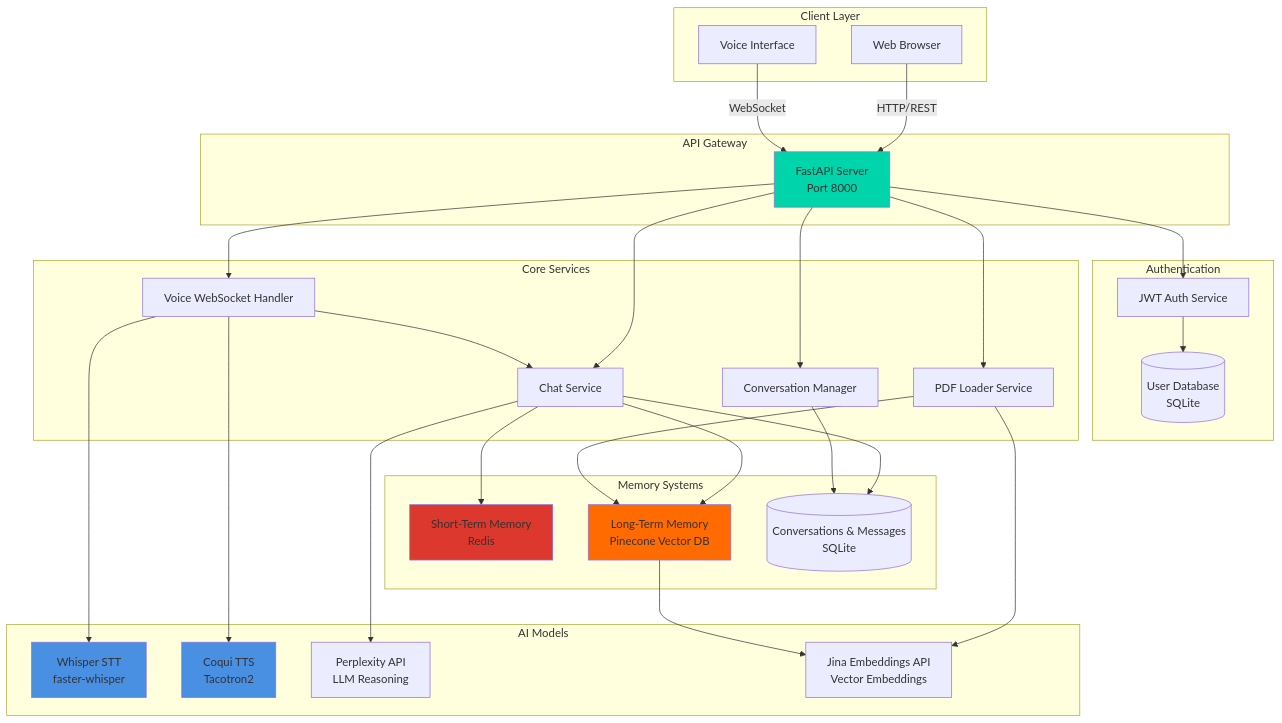
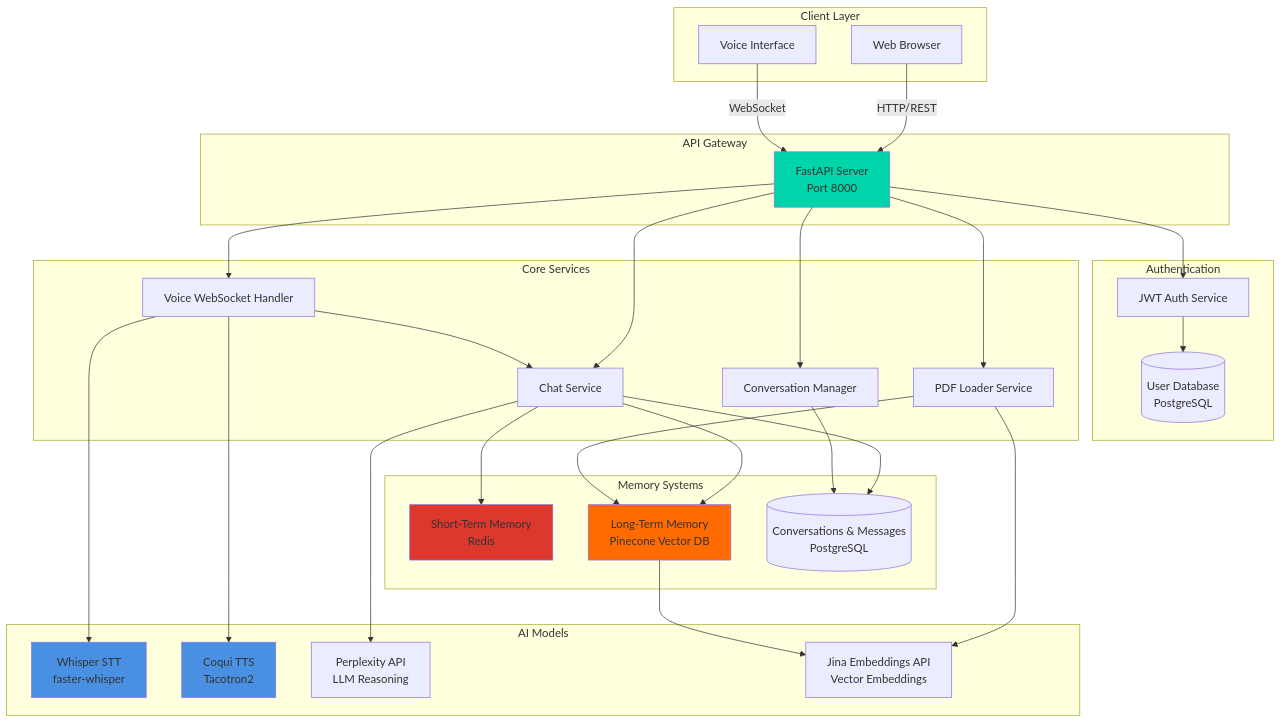
The first of 4 diagrams in README.md (Shashwat-Akhilesh-Shukla/Cognitive-AI), drawn with Mermaid before and after one commit. The commit also changed other lines of this file, not shown here.

Commit message:
Change database from SQLite to PostgreSQL

````diff
--- a/README.md
+++ b/README.md
@@ -46,68 +46,68 @@
 ```mermaid
 graph TB
     subgraph "Client Layer"
         WEB[Web Browser]
         VOICE[Voice Interface]
     end
     
     subgraph "API Gateway"
         FASTAPI[FastAPI Server<br/>Port 8000]
     end
     
     subgraph "Authentication"
         JWT[JWT Auth Service]
-        AUTH_DB[(User Database<br/>SQLite)]
+        AUTH_DB[(User Database<br/>PostgreSQL)]
     end
     
     subgraph "Core Services"
         CHAT[Chat Service]
         VOICE_WS[Voice WebSocket Handler]
         PDF[PDF Loader Service]
         CONV[Conversation Manager]
     end
     
     subgraph "Memory Systems"
         STM[Short-Term Memory<br/>Redis]
         LTM[Long-Term Memory<br/>Pinecone Vector DB]
-        CONV_DB[(Conversations & Messages<br/>SQLite)]
+        CONV_DB[(Conversations & Messages<br/>PostgreSQL)]
     end
     
     subgraph "AI Models"
         WHISPER[Whisper STT<br/>faster-whisper]
         COQUI[Coqui TTS<br/>Tacotron2]
         PERPLEXITY[Perplexity API<br/>LLM Reasoning]
         JINA[Jina Embeddings API<br/>Vector Embeddings]
     end
     
     WEB -->|HTTP/REST| FASTAPI
     VOICE -->|WebSocket| FASTAPI
     
     FASTAPI --> JWT
     JWT --> AUTH_DB
     
     FASTAPI --> CHAT
     FASTAPI --> VOICE_WS
     FASTAPI --> PDF
     FASTAPI --> CONV
     
     CHAT --> STM
     CHAT --> LTM
     CHAT --> CONV_DB
     CHAT --> PERPLEXITY
     
     VOICE_WS --> WHISPER
     VOICE_WS --> COQUI
     VOICE_WS --> CHAT
     
     PDF --> LTM
     PDF --> JINA
     
     LTM --> JINA
     CONV --> CONV_DB
     
     style FASTAPI fill:#00d4aa
     style STM fill:#dc382d
     style LTM fill:#ff6b00
     style WHISPER fill:#4a90e2
     style COQUI fill:#4a90e2
 ```
````
